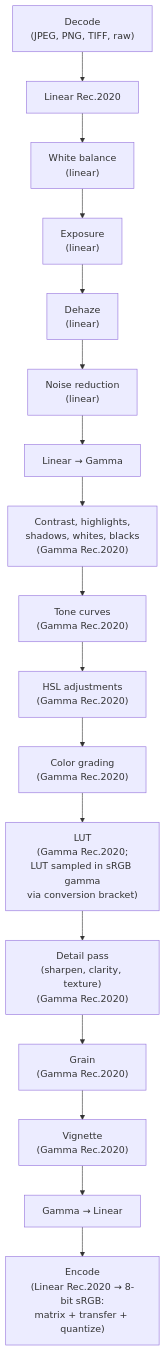
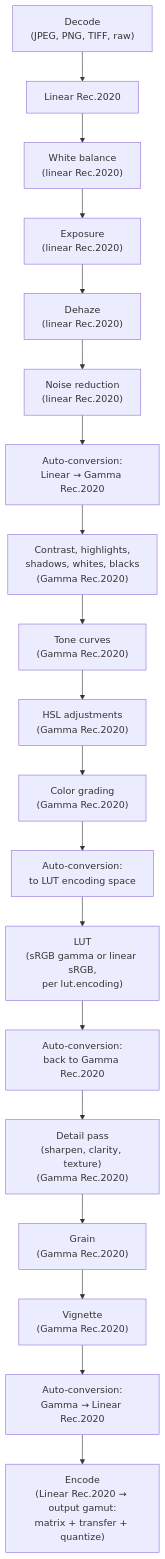
One commit to zhjngli/AgX changed the diagram in docs/book/src/reference/concepts/render-pipeline.md. Above: the diagram before and after it, drawn with Mermaid. The commit also changed other lines of this file and 63 other files, not shown here.

First line of the commit message:
feat: color-space-aware pipeline + LUT input encoding (#65)

````diff
--- a/docs/book/src/reference/concepts/render-pipeline.md
+++ b/docs/book/src/reference/concepts/render-pipeline.md
@@ -7,37 +7,41 @@
 ```mermaid
 flowchart TD
     Decode["Decode<br/>(JPEG, PNG, TIFF, raw)"]
     LinearEntry["Linear Rec.2020"]
-    WB["White balance<br/>(linear)"]
-    Exposure["Exposure<br/>(linear)"]
-    Dehaze["Dehaze<br/>(linear)"]
-    Denoise["Noise reduction<br/>(linear)"]
-    LinearToGamma["Linear → Gamma"]
+    WB["White balance<br/>(linear Rec.2020)"]
+    Exposure["Exposure<br/>(linear Rec.2020)"]
+    Dehaze["Dehaze<br/>(linear Rec.2020)"]
+    Denoise["Noise reduction<br/>(linear Rec.2020)"]
+    ConvToGamma["Auto-conversion:<br/>Linear → Gamma Rec.2020"]
     Tonal["Contrast, highlights,<br/>shadows, whites, blacks<br/>(Gamma Rec.2020)"]
     ToneCurves["Tone curves<br/>(Gamma Rec.2020)"]
     HSL["HSL adjustments<br/>(Gamma Rec.2020)"]
     ColorGrading["Color grading<br/>(Gamma Rec.2020)"]
-    LUT["LUT<br/>(Gamma Rec.2020;<br/>LUT sampled in sRGB gamma<br/>via conversion bracket)"]
+    ConvToLut["Auto-conversion:<br/>to LUT encoding space"]
+    LUT["LUT<br/>(sRGB gamma or linear sRGB,<br/>per lut.encoding)"]
+    ConvFromLut["Auto-conversion:<br/>back to Gamma Rec.2020"]
     Detail["Detail pass<br/>(sharpen, clarity, texture)<br/>(Gamma Rec.2020)"]
     Grain["Grain<br/>(Gamma Rec.2020)"]
     Vignette["Vignette<br/>(Gamma Rec.2020)"]
-    GammaToLinear["Gamma → Linear"]
-    Encode["Encode<br/>(Linear Rec.2020 → 8-bit sRGB:<br/>matrix + transfer + quantize)"]
+    ConvToLinear["Auto-conversion:<br/>Gamma → Linear Rec.2020"]
+    Encode["Encode<br/>(Linear Rec.2020 → output gamut:<br/>matrix + transfer + quantize)"]
 
     Decode --> LinearEntry
     LinearEntry --> WB
     WB --> Exposure
     Exposure --> Dehaze
     Dehaze --> Denoise
-    Denoise --> LinearToGamma
-    LinearToGamma --> Tonal
+    Denoise --> ConvToGamma
+    ConvToGamma --> Tonal
     Tonal --> ToneCurves
     ToneCurves --> HSL
     HSL --> ColorGrading
-    ColorGrading --> LUT
-    LUT --> Detail
+    ColorGrading --> ConvToLut
+    ConvToLut --> LUT
+    LUT --> ConvFromLut
+    ConvFromLut --> Detail
     Detail --> Grain
     Grain --> Vignette
-    Vignette --> GammaToLinear
-    GammaToLinear --> Encode
+    Vignette --> ConvToLinear
+    ConvToLinear --> Encode
 ```
````
